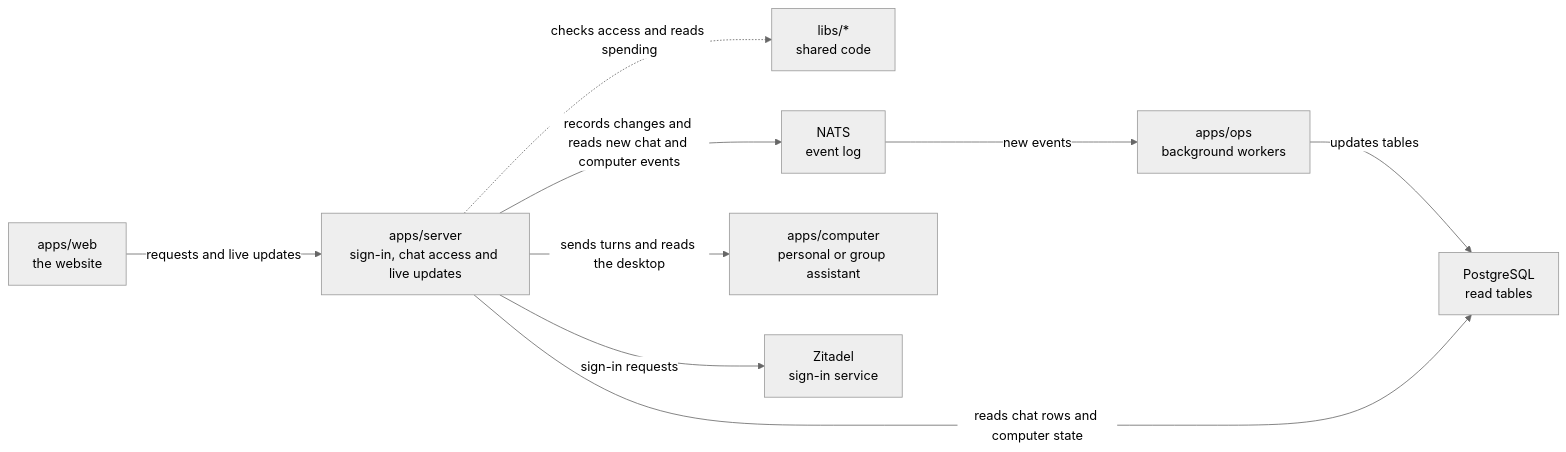
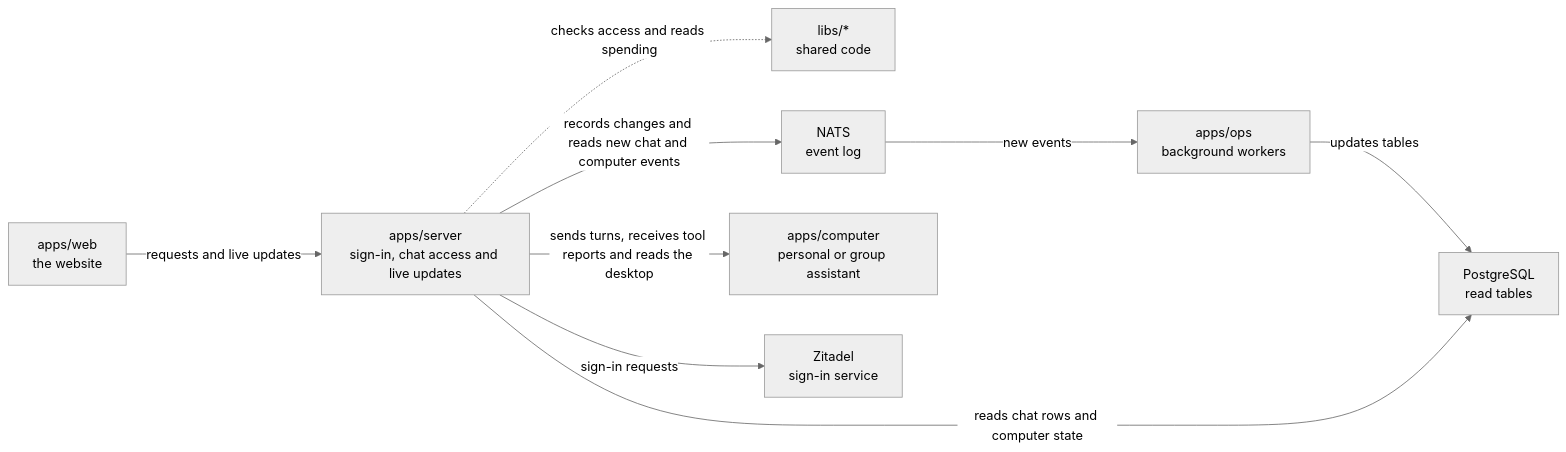
One commit to elewa-git/opencrane-new changed the diagram in apps/server/README.md. Above: the diagram before and after it, drawn with Mermaid (neutral theme). The commit also changed other lines of this file and 31 other files, not shown here.

````diff
--- a/apps/server/README.md
+++ b/apps/server/README.md
@@ -11,11 +11,11 @@
 ```mermaid
 flowchart LR
   web["apps/web<br/>the website"] -->|requests and live updates| server["apps/server<br/>sign-in, chat access and live updates"]
   server -.->|checks access and reads spending| libs["libs/*<br/>shared code"]
   server -->|records changes and reads new chat and computer events| nats["NATS<br/>event log"]
   nats -->|new events| ops["apps/ops<br/>background workers"]
   ops -->|updates tables| postgres["PostgreSQL<br/>read tables"]
   server -->|reads chat rows and computer state| postgres
-  server -->|sends turns and reads the desktop| computer["apps/computer<br/>personal or group assistant"]
+  server -->|sends turns, receives tool reports and reads the desktop| computer["apps/computer<br/>personal or group assistant"]
   server -->|sign-in requests| zitadel["Zitadel<br/>sign-in service"]
 ```
````
